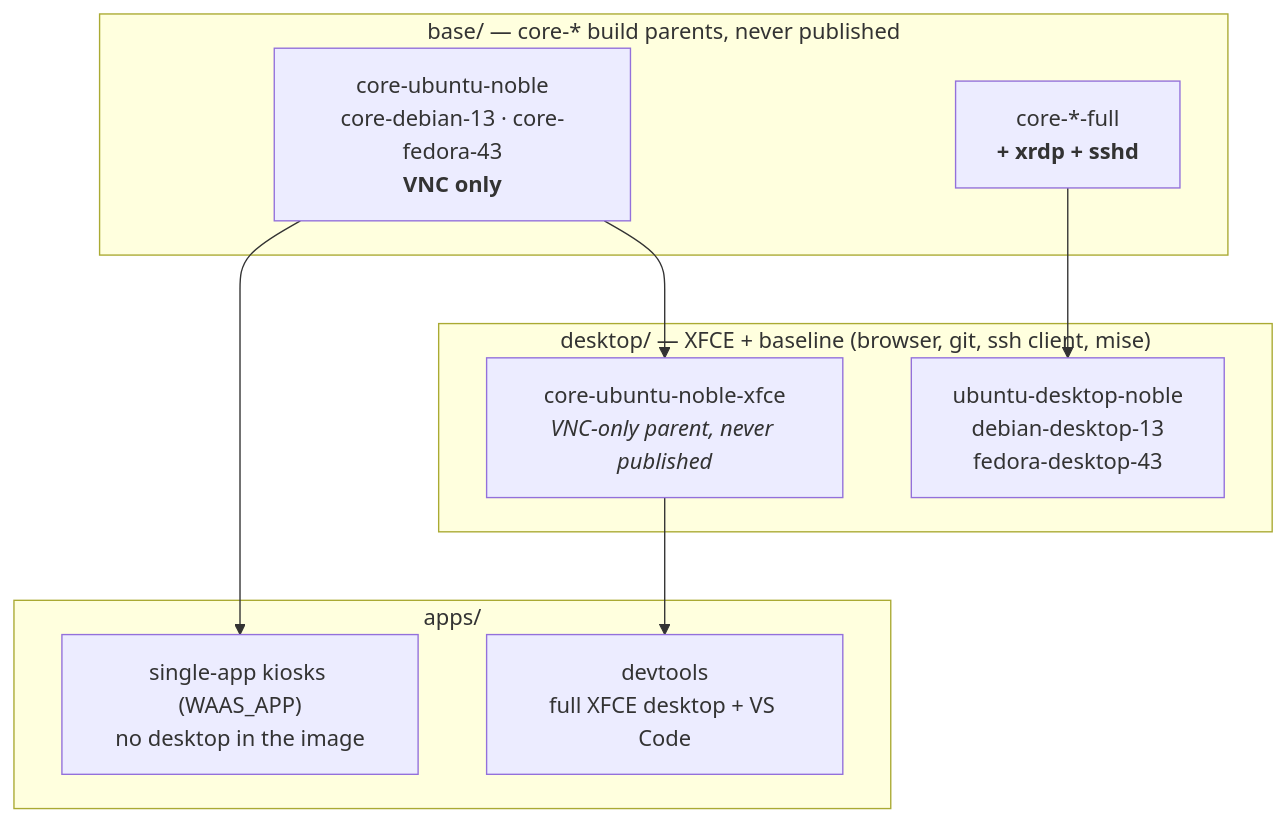
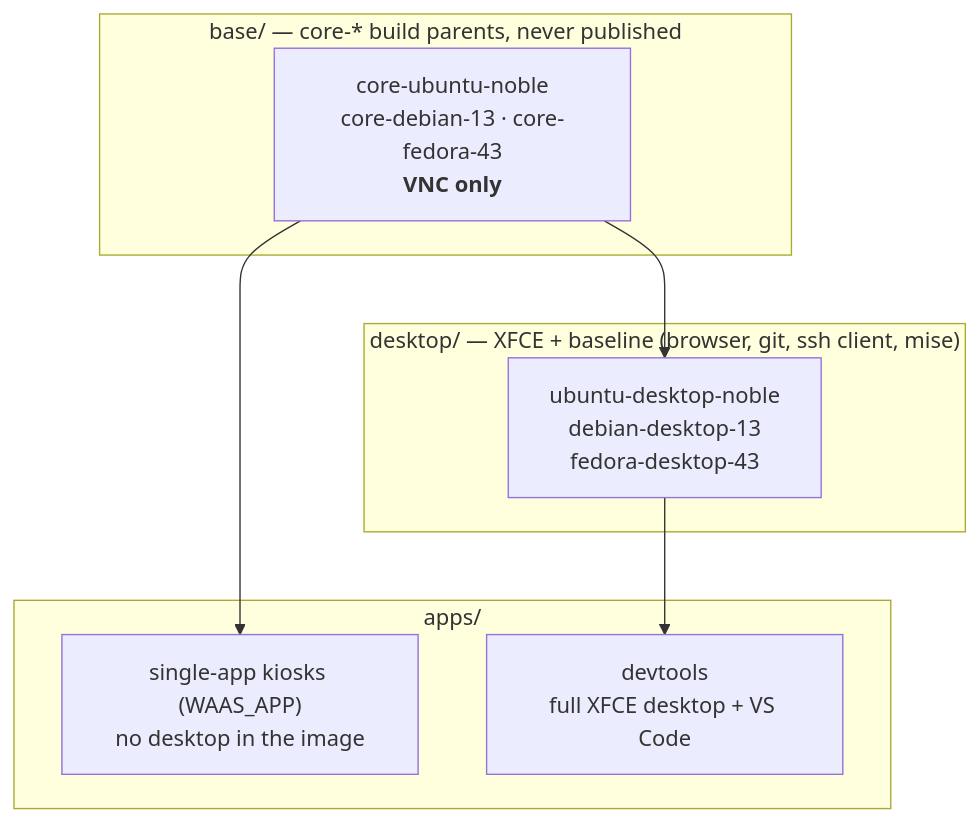
The first of 2 diagrams in docs/images/index.md (XoRHub/website), drawn with Mermaid before and after one commit. The commit also changed other lines of this file and 13 other files, not shown here.

First line of the commit message:
docs: in-cluster workspaces are VNC/KasmVNC only

````diff
--- a/docs/images/index.md
+++ b/docs/images/index.md
@@ -37,22 +40,19 @@
 ```mermaid
 flowchart TB
     subgraph base ["base/ — core-* build parents, never published"]
         CORE["core-ubuntu-noble<br/>core-debian-13 · core-fedora-43<br/><b>VNC only</b>"]
-        FULL["core-*-full<br/><b>+ xrdp + sshd</b>"]
     end
 
     subgraph desktop ["desktop/ — XFCE + baseline (browser, git, ssh client, mise)"]
         OSD["ubuntu-desktop-noble<br/>debian-desktop-13<br/>fedora-desktop-43"]
-        XP["core-ubuntu-noble-xfce<br/><i>VNC-only parent, never published</i>"]
     end
 
     subgraph apps ["apps/"]
         KIOSK["single-app kiosks (WAAS_APP)<br/>no desktop in the image"]
         DT["devtools<br/>full XFCE desktop + VS Code"]
     end
 
-    FULL --> OSD
-    CORE --> XP
+    CORE --> OSD
     CORE --> KIOSK
-    XP --> DT
+    OSD --> DT
 ```
````
